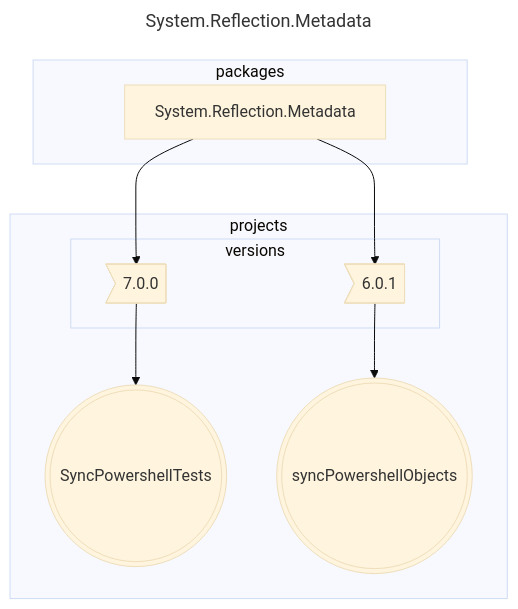
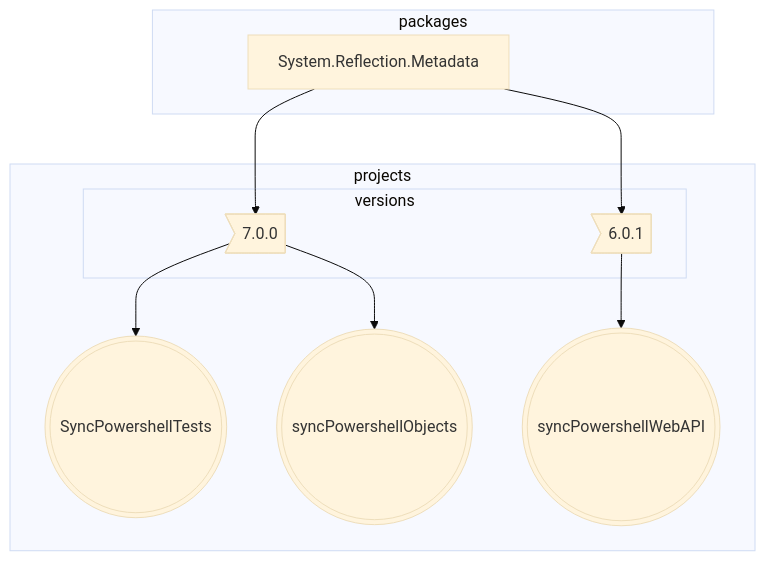
Before and after one commit to ignatandrei/syncPowershellProfile: the third of 4 diagrams in documentation/syncPowershell/docs/TechnicalDocs/MermaidVisualizerMajorDiffer.md, drawn with Mermaid (base theme). The commit also changed other lines of this file and 5 other files, not shown here.

````diff
--- a/documentation/syncPowershell/docs/TechnicalDocs/MermaidVisualizerMajorDiffer.md
+++ b/documentation/syncPowershell/docs/TechnicalDocs/MermaidVisualizerMajorDiffer.md
@@ -33,23 +57,22 @@
 ```mermaid
----
-title: System.Reflection.Metadata
----
-        flowchart TB
-        subgraph packages
-            System.Reflection.Metadata
+graph TB
+subgraph packages
+    System.Reflection.Metadata
 
-        end
-        subgraph projects
+end
+subgraph projects
 SyncPowershellTests(((SyncPowershellTests)))
 syncPowershellObjects(((syncPowershellObjects)))
+syncPowershellWebAPI(((syncPowershellWebAPI)))
     subgraph versions
 7.0.0>7.0.0]
 6.0.1>6.0.1]
     end
 System.Reflection.Metadata-->7.0.0
 7.0.0-->SyncPowershellTests
+7.0.0-->syncPowershellObjects
 System.Reflection.Metadata-->6.0.1
-6.0.1-->syncPowershellObjects
+6.0.1-->syncPowershellWebAPI
 
     end
 ```
````
